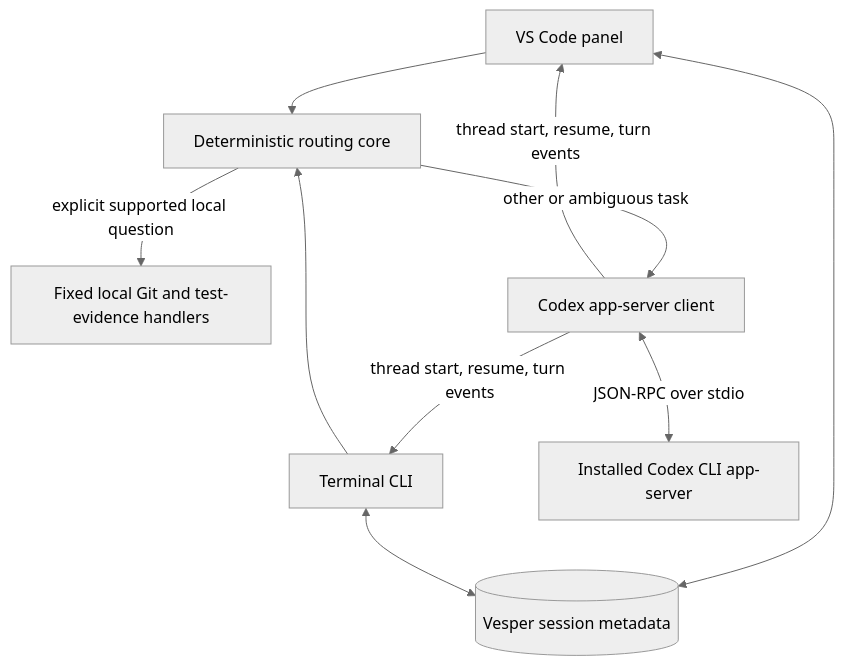
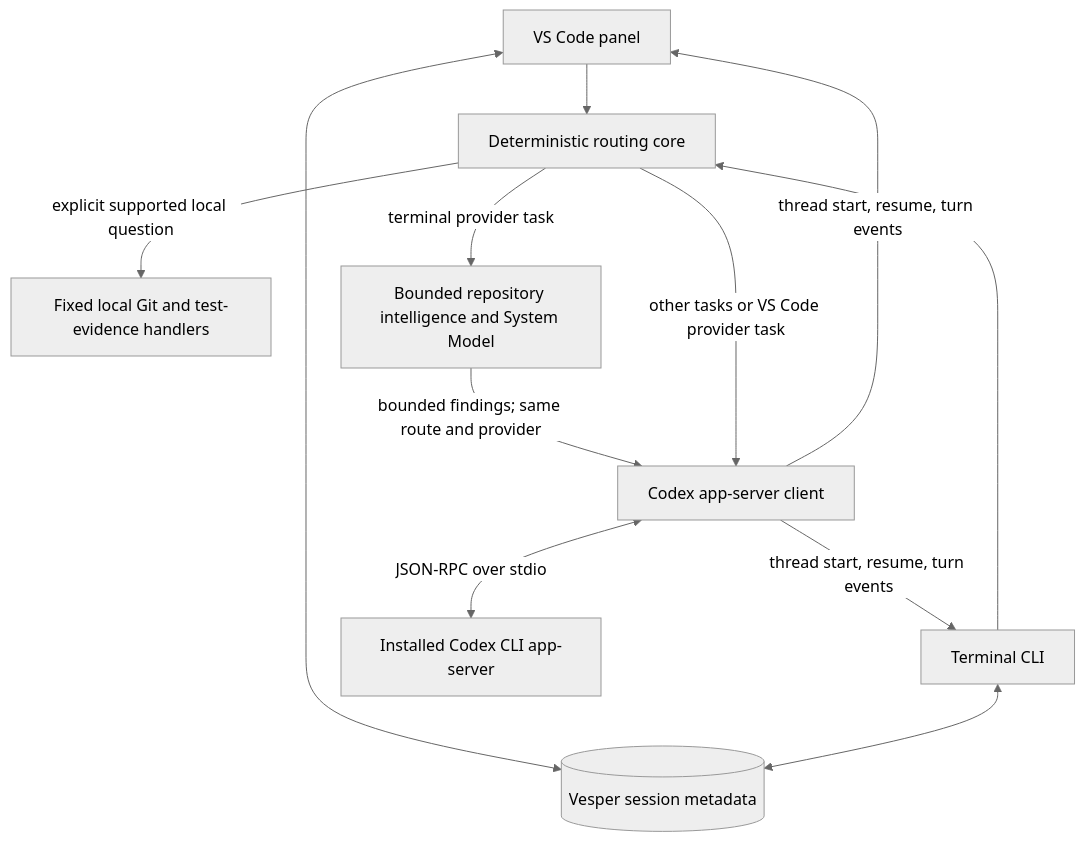
Before and after one commit to Athullvr/Vesper: the diagram in README.md, drawn with Mermaid (neutral theme). The commit also changed other lines of this file and 13 other files, not shown here.

Commit message:
feat: add repository intelligence and system model inspection capabilities to the fast-lane app server

````diff
--- a/README.md
+++ b/README.md
@@ -9,20 +9,23 @@
 ```mermaid
 flowchart TD
     VSC[VS Code panel]
     CLI[Terminal CLI]
     ROUTER[Deterministic routing core]
     LOCAL[Fixed local Git and test-evidence handlers]
+    REPO[Bounded repository intelligence and System Model]
     CLIENT[Codex app-server client]
     CODEX[Installed Codex CLI app-server]
     STORE[(Vesper session metadata)]
 
     VSC --> ROUTER
     CLI --> ROUTER
     ROUTER -->|explicit supported local question| LOCAL
-    ROUTER -->|other or ambiguous task| CLIENT
+    ROUTER -->|terminal provider task| REPO
+    REPO -->|bounded findings; same route and provider| CLIENT
+    ROUTER -->|other tasks or VS Code provider task| CLIENT
     CLIENT <-->|JSON-RPC over stdio| CODEX
     VSC <--> STORE
     CLI <--> STORE
     CLIENT -->|thread start, resume, turn events| VSC
     CLIENT -->|thread start, resume, turn events| CLI
 ```
````
